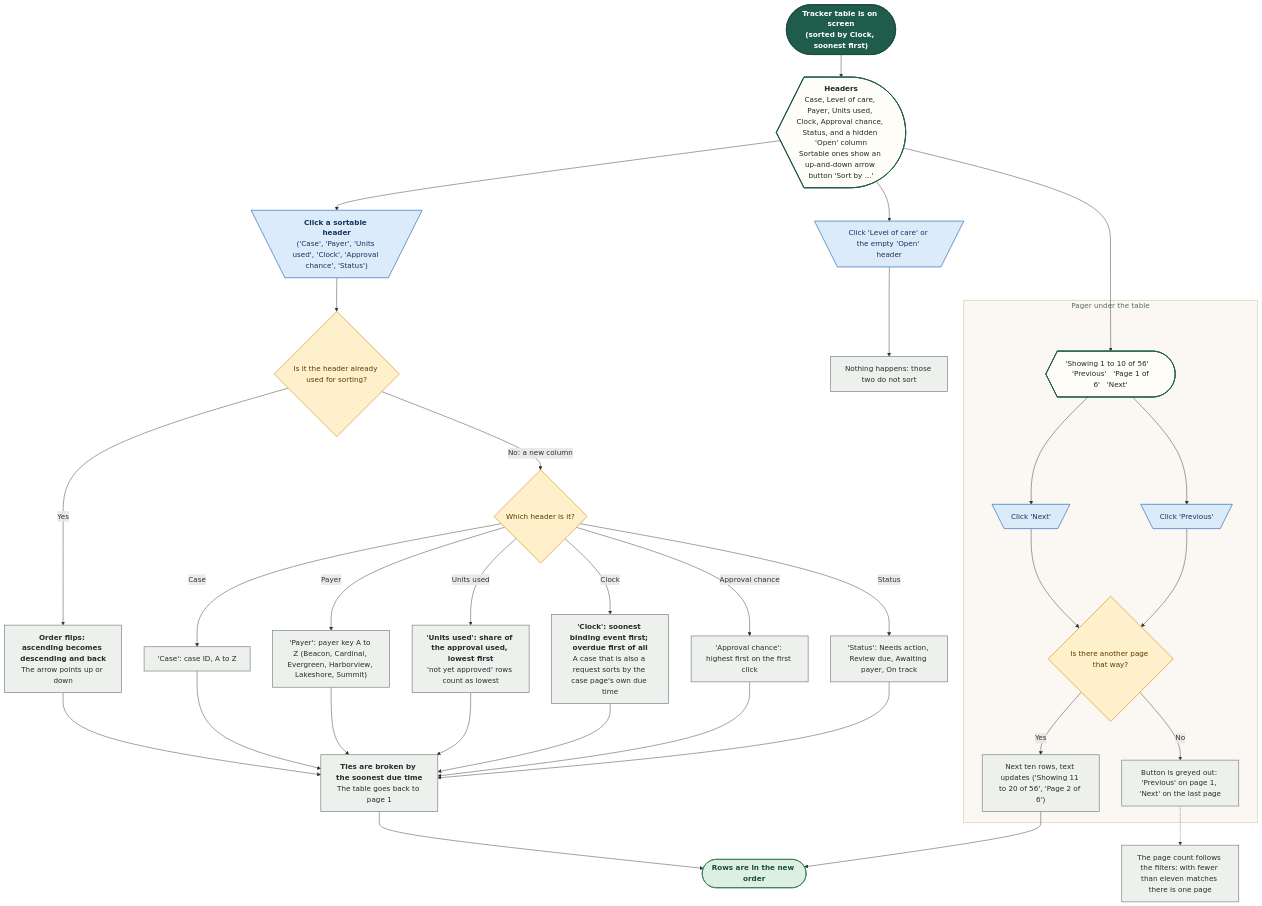
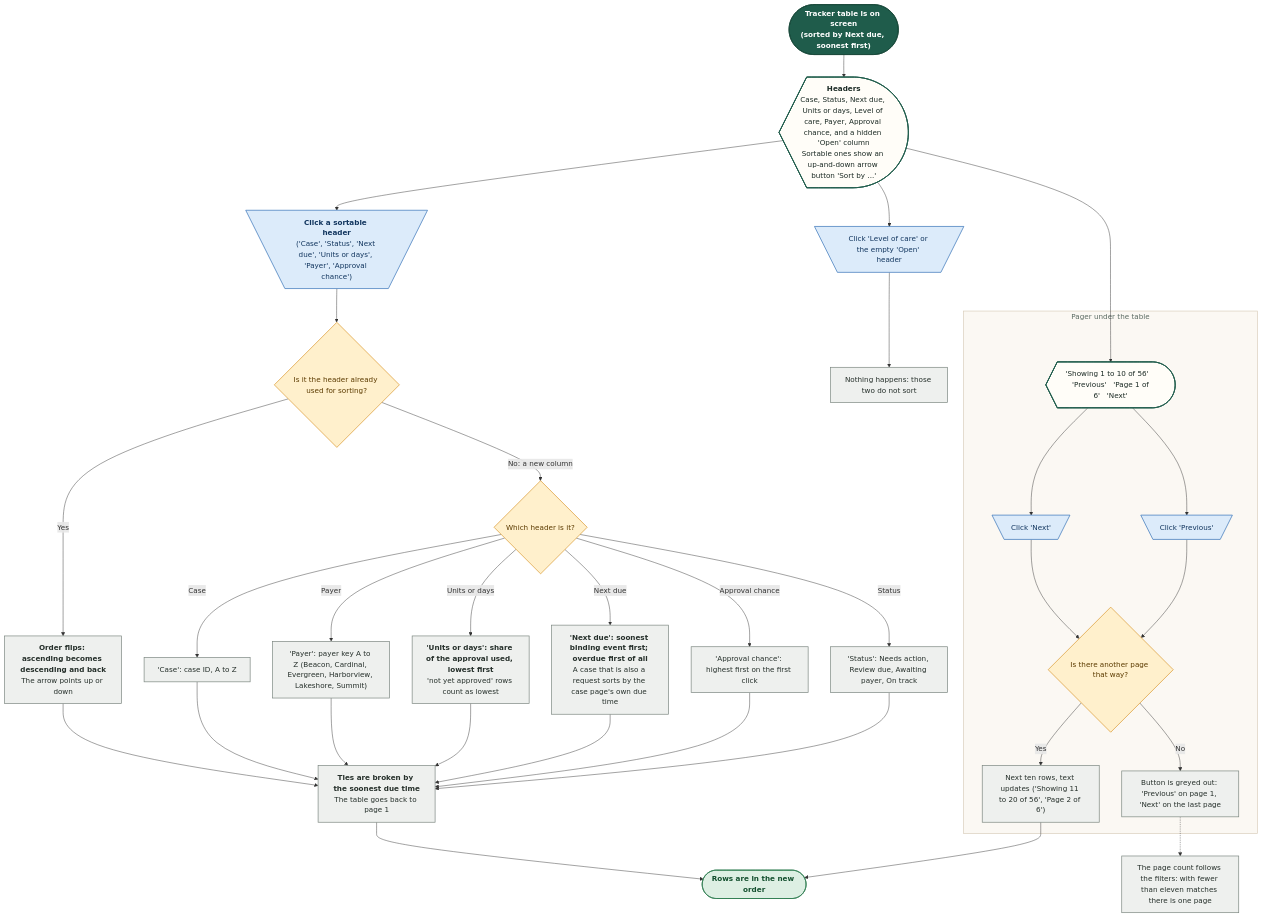
One commit to Shrav143/psyfloapp changed the ninth of 22 diagrams in demos/prior-auth-demo/workflows/out/md/07-case-manager.md. Above: the diagram before and after it, drawn with Mermaid. The commit also changed other lines of this file and 192 other files, not shown here.

First line of the commit message:
docs: changelog by sidebar tab; README, diagrams and Settings layout aligned with the refinement; shared InfoTip; referral cost-share line

````diff
--- a/demos/prior-auth-demo/workflows/out/md/07-case-manager.md
+++ b/demos/prior-auth-demo/workflows/out/md/07-case-manager.md
@@ -587,70 +599,70 @@
 ```mermaid
 %%{init: {"theme":"base","themeVariables":{"fontFamily":"'DM Sans', 'Segoe UI', system-ui, sans-serif","fontSize":"15px","lineColor":"#5B6B63","primaryTextColor":"#1C2B25","clusterBkg":"#FBF8F3","clusterBorder":"#D9CDBB","edgeLabelBackground":"#FFFFFF"},"flowchart":{"curve":"basis","nodeSpacing":36,"rankSpacing":48,"padding":12,"htmlLabels":true,"useMaxWidth":false,"wrappingWidth":230}} }%%
 flowchart TD
   classDef k_start fill:#1F5C4B,stroke:#174638,color:#FFFFFF,stroke-width:1.5px,font-weight:600
   classDef k_end fill:#DDEFE3,stroke:#2E7D4F,color:#14502F,stroke-width:1.5px,font-weight:600
   classDef k_endx fill:#FBE3E0,stroke:#C0392B,color:#7A1F16,stroke-width:1.5px,font-weight:600
   classDef k_screen fill:#FFFDF8,stroke:#1F5C4B,color:#1C2B25,stroke-width:2px
   classDef k_overlay fill:#F1F7F3,stroke:#1F5C4B,color:#1C2B25,stroke-width:2px,stroke-dasharray:5 3
   classDef k_click fill:#DCEBFA,stroke:#2F6DB5,color:#12365F,stroke-width:1.5px
   classDef k_input fill:#E4E7FF,stroke:#4C5FD5,color:#1D2670,stroke-width:1.5px
   classDef k_process fill:#EEF0EE,stroke:#7A857F,color:#26302B,stroke-width:1.5px
   classDef k_agent fill:#EEE5FA,stroke:#7A4FC2,color:#341A63,stroke-width:1.5px
   classDef k_decision fill:#FFF0CC,stroke:#D9962B,color:#5C3B00,stroke-width:1.5px
   classDef k_store fill:#D5F0EA,stroke:#1C8E7B,color:#0B4A3F,stroke-width:1.5px
   classDef k_doc fill:#F6E9DC,stroke:#B07A4C,color:#4A2E14,stroke-width:1.5px
   classDef k_ext fill:#FFE6D2,stroke:#E07B39,color:#6B2F06,stroke-width:1.5px
   classDef k_wait fill:#E4E8EE,stroke:#6B7C93,color:#26303D,stroke-width:1.5px
   classDef k_toast fill:#FFF9DB,stroke:#C9A400,color:#5A4A00,stroke-width:1.5px
   classDef k_goto fill:#FFFFFF,stroke:#1F5C4B,color:#1F5C4B,stroke-width:1.5px,stroke-dasharray:5 3
-  s1@{ shape: stadium, label: "<b>Tracker table is on screen</b><br/>(sorted by Clock, soonest first)" }
-  h1@{ shape: curv-trap, label: "<b>Headers</b><br/>Case, Level of care, Payer, Units used, Clock, Approval chance, Status, and a hidden 'Open' column<br/>Sortable ones show an up-and-down arrow button 'Sort by ...'" }
+  s1@{ shape: stadium, label: "<b>Tracker table is on screen</b><br/>(sorted by Next due, soonest first)" }
+  h1@{ shape: curv-trap, label: "<b>Headers</b><br/>Case, Status, Next due, Units or days, Level of care, Payer, Approval chance, and a hidden 'Open' column<br/>Sortable ones show an up-and-down arrow button 'Sort by ...'" }
   c0@{ shape: trap-t, label: "Click 'Level of care' or the empty 'Open' header" }
   p0@{ shape: rect, label: "Nothing happens: those two do not sort" }
-  c1@{ shape: trap-t, label: "<b>Click a sortable header</b><br/>('Case', 'Payer', 'Units used', 'Clock', 'Approval chance', 'Status')" }
+  c1@{ shape: trap-t, label: "<b>Click a sortable header</b><br/>('Case', 'Status', 'Next due', 'Units or days', 'Payer', 'Approval chance')" }
   d1@{ shape: diam, label: "Is it the header already used for sorting?" }
   p1@{ shape: rect, label: "<b>Order flips: ascending becomes descending and back</b><br/>The arrow points up or down" }
   d2@{ shape: diam, label: "Which header is it?" }
   s1a@{ shape: rect, label: "'Case': case ID, A to Z" }
   s2a@{ shape: rect, label: "'Payer': payer key A to Z (Beacon, Cardinal, Evergreen, Harborview, Lakeshore, Summit)" }
-  s3a@{ shape: rect, label: "<b>'Units used': share of the approval used, lowest first</b><br/>'not yet approved' rows count as lowest" }
-  s4a@{ shape: rect, label: "<b>'Clock': soonest binding event first; overdue first of all</b><br/>A case that is also a request sorts by the case page's own due time" }
+  s3a@{ shape: rect, label: "<b>'Units or days': share of the approval used, lowest first</b><br/>'not yet approved' rows count as lowest" }
+  s4a@{ shape: rect, label: "<b>'Next due': soonest binding event first; overdue first of all</b><br/>A case that is also a request sorts by the case page's own due time" }
   s5a@{ shape: rect, label: "'Approval chance': highest first on the first click" }
   s6a@{ shape: rect, label: "'Status': Needs action, Review due, Awaiting payer, On track" }
   p2@{ shape: rect, label: "<b>Ties are broken by the soonest due time</b><br/>The table goes back to page 1" }
   subgraph gPage ["Pager under the table"]
   pg@{ shape: curv-trap, label: "'Showing 1 to 10 of 56'    'Previous'   'Page 1 of 6'   'Next'" }
   n1@{ shape: trap-t, label: "Click 'Next'" }
   n2@{ shape: trap-t, label: "Click 'Previous'" }
   d3@{ shape: diam, label: "Is there another page that way?" }
   g1@{ shape: rect, label: "Next ten rows, text updates ('Showing 11 to 20 of 56', 'Page 2 of 6')" }
   g2@{ shape: rect, label: "Button is greyed out: 'Previous' on page 1, 'Next' on the last page" }
   end
   p3@{ shape: rect, label: "The page count follows the filters: with fewer than eleven matches there is one page" }
   e1@{ shape: stadium, label: "Rows are in the new order" }
   s1 --> h1
   h1 --> c0 --> p0
   h1 --> c1 --> d1
   d1 -->|"Yes"| p1 --> p2
   d1 -->|"No: a new column"| d2
   d2 -->|"Case"| s1a --> p2
   d2 -->|"Payer"| s2a --> p2
-  d2 -->|"Units used"| s3a --> p2
-  d2 -->|"Clock"| s4a --> p2
+  d2 -->|"Units or days"| s3a --> p2
+  d2 -->|"Next due"| s4a --> p2
   d2 -->|"Approval chance"| s5a --> p2
   d2 -->|"Status"| s6a --> p2
   p2 --> e1
   h1 --> pg
   pg --> n1 --> d3
   pg --> n2 --> d3
   d3 -->|"Yes"| g1 --> e1
   d3 -->|"No"| g2
   g2 -.-> p3
   class s1 k_start
   class h1,pg k_screen
   class c0,c1,n1,n2 k_click
   class p0,p1,s1a,s2a,s3a,s4a,s5a,s6a,p2,g1,g2,p3 k_process
   class d1,d2,d3 k_decision
   class e1 k_end
   style gPage fill:#FBF8F3,stroke:#D9CDBB,stroke-width:1.5px,color:#5B6B63
 ```
````
